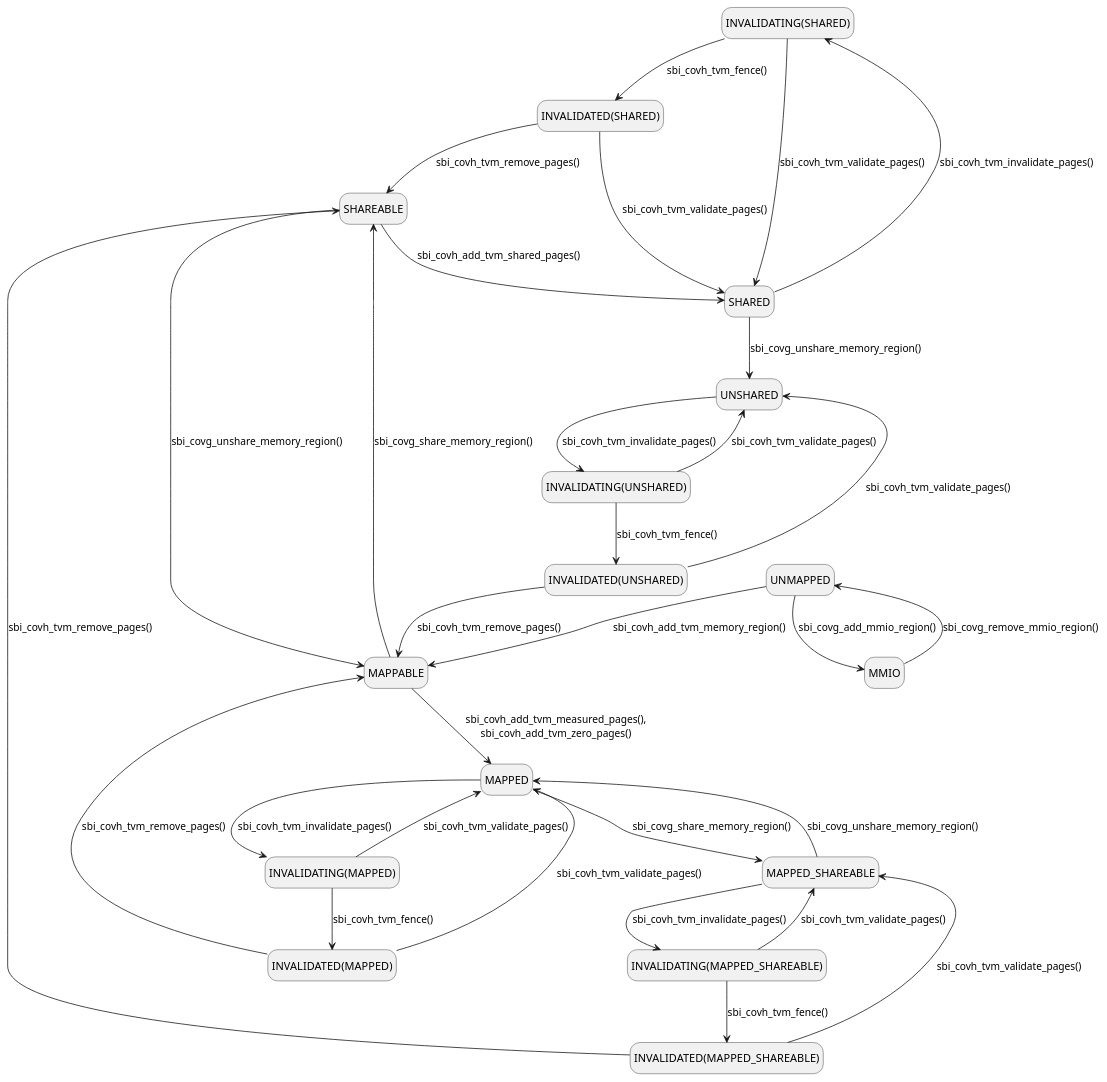
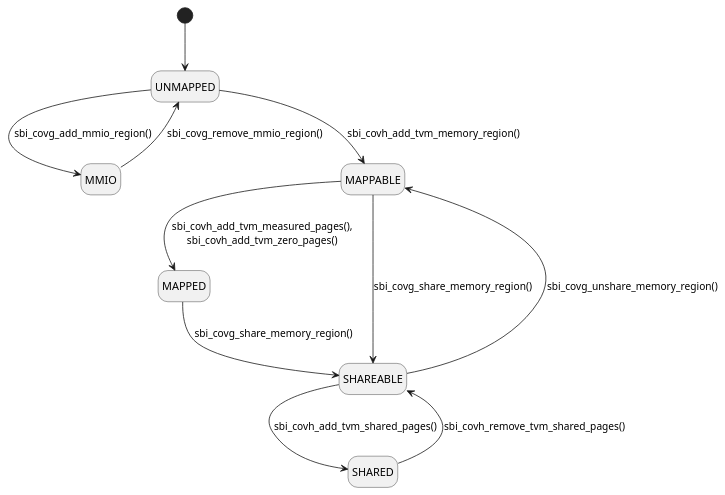
Before and after one commit to riscv-non-isa/riscv-ap-tee: the second of 5 diagrams in src/sbi_cove.adoc, drawn with PlantUML. The commit also changed other lines of this file, not shown here.

First line of the commit message:
sbi_cove: simplify sharing flows

```diff
--- a/src/sbi_cove.adoc
+++ b/src/sbi_cove.adoc
@@ -226,51 +215,16 @@
 [plantuml]
 ....
 @startuml
 hide empty description
-
-state "INVALIDATING(SHARED)" as INVALIDATING_SHARED
-state "INVALIDATING(MAPPED)" as INVALIDATING_MAPPED
-state "INVALIDATING(MAPPED_SHAREABLE)" as INVALIDATING_MAPPED_SHAREABLE
-state "INVALIDATING(UNSHARED)" as INVALIDATING_UNSHARED
-state "INVALIDATED(SHARED)" as INVALIDATED_SHARED
-state "INVALIDATED(MAPPED)" as INVALIDATED_MAPPED
-state "INVALIDATED(MAPPED_SHAREABLE)" as INVALIDATED_MAPPED_SHAREABLE
-state "INVALIDATED(UNSHARED)" as INVALIDATED_UNSHARED
-
+[*] --> UNMAPPED
 UNMAPPED         --> MMIO             : sbi_covg_add_mmio_region()
 MMIO             --> UNMAPPED         : sbi_covg_remove_mmio_region()
-
 UNMAPPED         --> MAPPABLE         : sbi_covh_add_tvm_memory_region()
 MAPPABLE         --> MAPPED           : sbi_covh_add_tvm_measured_pages(),\nsbi_covh_add_tvm_zero_pages()
 MAPPABLE         --> SHAREABLE        : sbi_covg_share_memory_region()
-MAPPED           --> MAPPED_SHAREABLE : sbi_covg_share_memory_region()
+MAPPED           --> SHAREABLE        : sbi_covg_share_memory_region()
 SHAREABLE        --> SHARED           : sbi_covh_add_tvm_shared_pages()
-SHARED           --> UNSHARED         : sbi_covg_unshare_memory_region()
 SHAREABLE        --> MAPPABLE         : sbi_covg_unshare_memory_region()
-MAPPED_SHAREABLE --> MAPPED           : sbi_covg_unshare_memory_region()
-
-SHARED           --> INVALIDATING_SHARED           : sbi_covh_tvm_invalidate_pages()
-MAPPED           --> INVALIDATING_MAPPED           : sbi_covh_tvm_invalidate_pages()
-MAPPED_SHAREABLE --> INVALIDATING_MAPPED_SHAREABLE : sbi_covh_tvm_invalidate_pages()
-UNSHARED         --> INVALIDATING_UNSHARED         : sbi_covh_tvm_invalidate_pages()
-
-INVALIDATING_SHARED           --> INVALIDATED_SHARED           : sbi_covh_tvm_fence()
-INVALIDATING_MAPPED           --> INVALIDATED_MAPPED           : sbi_covh_tvm_fence()
-INVALIDATING_MAPPED_SHAREABLE --> INVALIDATED_MAPPED_SHAREABLE : sbi_covh_tvm_fence()
-INVALIDATING_UNSHARED         --> INVALIDATED_UNSHARED         : sbi_covh_tvm_fence()
-
-INVALIDATING_SHARED           --> SHARED           : sbi_covh_tvm_validate_pages()
-INVALIDATING_MAPPED           --> MAPPED           : sbi_covh_tvm_validate_pages()
-INVALIDATING_MAPPED_SHAREABLE --> MAPPED_SHAREABLE : sbi_covh_tvm_validate_pages()
-INVALIDATING_UNSHARED         --> UNSHARED         : sbi_covh_tvm_validate_pages()
-INVALIDATED_SHARED            --> SHARED           : sbi_covh_tvm_validate_pages()
-INVALIDATED_MAPPED            --> MAPPED           : sbi_covh_tvm_validate_pages()
-INVALIDATED_MAPPED_SHAREABLE  --> MAPPED_SHAREABLE : sbi_covh_tvm_validate_pages()
-INVALIDATED_UNSHARED          --> UNSHARED         : sbi_covh_tvm_validate_pages()
-
-INVALIDATED_MAPPED            --> MAPPABLE         : sbi_covh_tvm_remove_pages()
-INVALIDATED_UNSHARED          --> MAPPABLE         : sbi_covh_tvm_remove_pages()
-INVALIDATED_MAPPED_SHAREABLE  --> SHAREABLE        : sbi_covh_tvm_remove_pages()
-INVALIDATED_SHARED            --> SHAREABLE        : sbi_covh_tvm_remove_pages()
+SHARED           --> SHAREABLE        : sbi_covh_remove_tvm_shared_pages()
 @enduml
 ....
```
